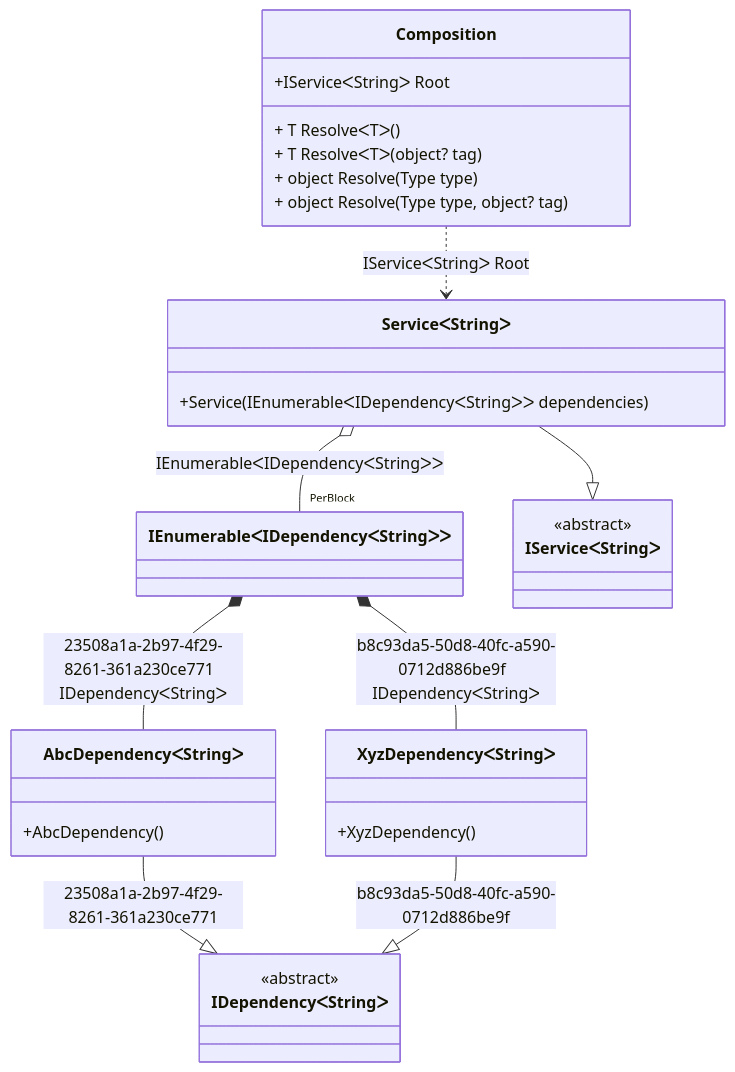
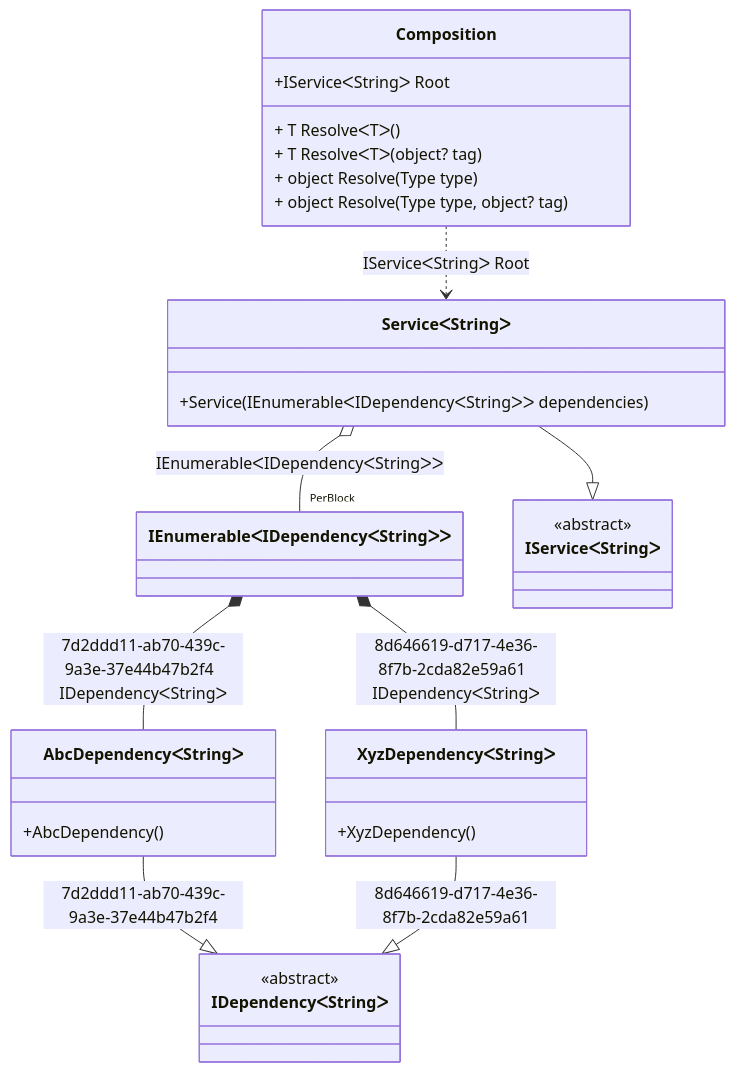
One commit to DevTeam/Pure.DI changed the diagram in readme/tag-unique.md. Above: the diagram before and after it, drawn with Mermaid. The commit also changed other lines of this file and 71 other files, not shown here.

````diff
--- a/readme/tag-unique.md
+++ b/readme/tag-unique.md
@@ -39,33 +39,33 @@
 ```mermaid
 classDiagram
   class Composition {
     +IServiceᐸStringᐳ Root
     + T ResolveᐸTᐳ()
     + T ResolveᐸTᐳ(object? tag)
     + object Resolve(Type type)
     + object Resolve(Type type, object? tag)
   }
   class IEnumerableᐸIDependencyᐸStringᐳᐳ
-  AbcDependencyᐸStringᐳ --|> IDependencyᐸStringᐳ : 23508a1a-2b97-4f29-8261-361a230ce771 
+  AbcDependencyᐸStringᐳ --|> IDependencyᐸStringᐳ : 7d2ddd11-ab70-439c-9a3e-37e44b47b2f4 
   class AbcDependencyᐸStringᐳ {
     +AbcDependency()
   }
-  XyzDependencyᐸStringᐳ --|> IDependencyᐸStringᐳ : b8c93da5-50d8-40fc-a590-0712d886be9f 
+  XyzDependencyᐸStringᐳ --|> IDependencyᐸStringᐳ : 8d646619-d717-4e36-8f7b-2cda82e59a61 
   class XyzDependencyᐸStringᐳ {
     +XyzDependency()
   }
   ServiceᐸStringᐳ --|> IServiceᐸStringᐳ : 
   class ServiceᐸStringᐳ {
     +Service(IEnumerableᐸIDependencyᐸStringᐳᐳ dependencies)
   }
   class IDependencyᐸStringᐳ {
     <<abstract>>
   }
   class IServiceᐸStringᐳ {
     <<abstract>>
   }
-  IEnumerableᐸIDependencyᐸStringᐳᐳ *--  AbcDependencyᐸStringᐳ : 23508a1a-2b97-4f29-8261-361a230ce771  IDependencyᐸStringᐳ
-  IEnumerableᐸIDependencyᐸStringᐳᐳ *--  XyzDependencyᐸStringᐳ : b8c93da5-50d8-40fc-a590-0712d886be9f  IDependencyᐸStringᐳ
+  IEnumerableᐸIDependencyᐸStringᐳᐳ *--  AbcDependencyᐸStringᐳ : 7d2ddd11-ab70-439c-9a3e-37e44b47b2f4  IDependencyᐸStringᐳ
+  IEnumerableᐸIDependencyᐸStringᐳᐳ *--  XyzDependencyᐸStringᐳ : 8d646619-d717-4e36-8f7b-2cda82e59a61  IDependencyᐸStringᐳ
   Composition ..> ServiceᐸStringᐳ : IServiceᐸStringᐳ Root
   ServiceᐸStringᐳ o--  "PerBlock" IEnumerableᐸIDependencyᐸStringᐳᐳ : IEnumerableᐸIDependencyᐸStringᐳᐳ
 ```
````
